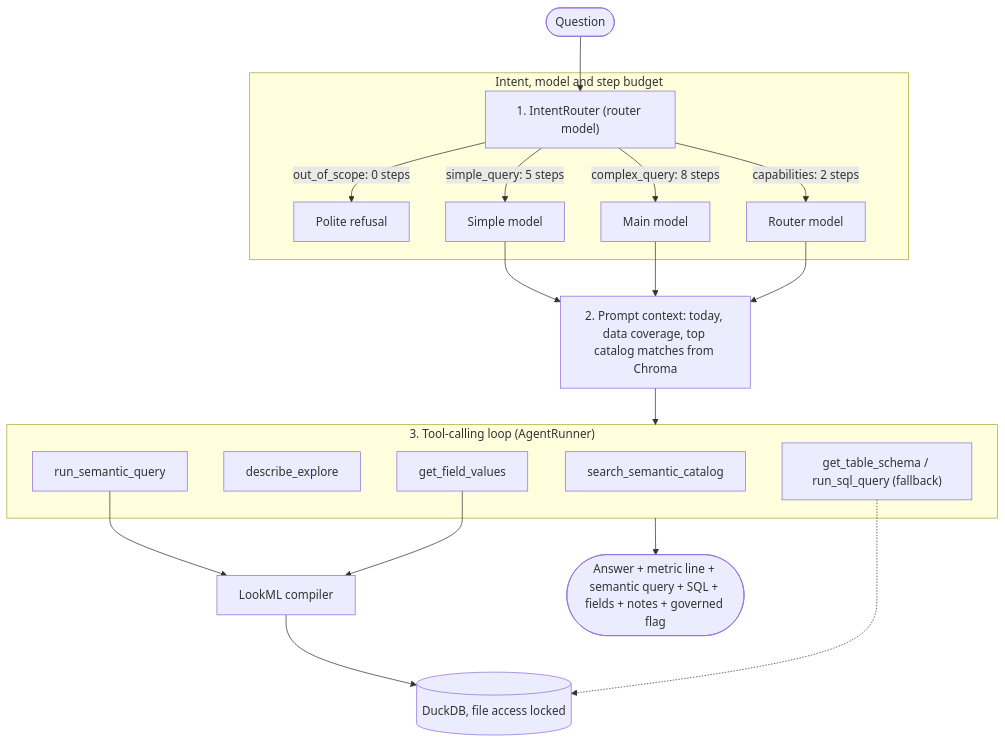
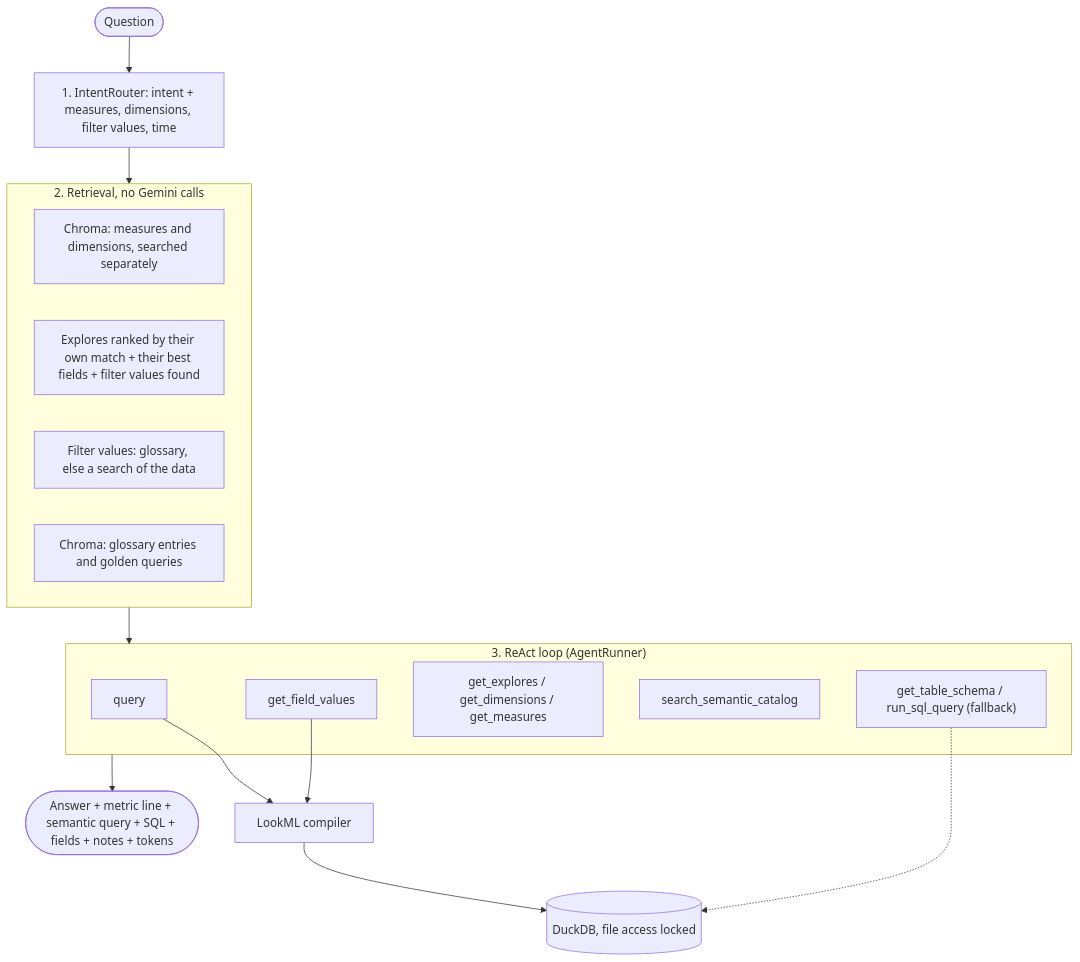
The diagram in docs/architecture/agent_architecture.md (carlosgilroa/ai-data-agent), drawn with Mermaid before and after one commit. The commit also changed other lines of this file and 21 other files, not shown here.

First line of the commit message:
Looker-style retrieval: field value tools, suggestions, two-level Chroma retrieval, router split, agent instructions

````diff
--- a/docs/architecture/agent_architecture.md
+++ b/docs/architecture/agent_architecture.md
@@ -11,29 +13,26 @@
 ```mermaid
 flowchart TD
-    User([Question]) --> Router["1. IntentRouter (router model)"]
+    User([Question]) --> Router["1. IntentRouter: intent + measures, dimensions, filter values, time"]
 
-    subgraph Routing["Intent, model and step budget"]
-        Router -->|out_of_scope: 0 steps| OOS[Polite refusal]
-        Router -->|capabilities: 2 steps| Cap[Router model]
-        Router -->|simple_query: 5 steps| Simple[Simple model]
-        Router -->|complex_query: 8 steps| Complex[Main model]
+    Router --> Retrieval
+    subgraph Retrieval["2. Retrieval, no Gemini calls"]
+        R1["Chroma: measures and dimensions, searched separately"]
+        R2["Explores ranked by their own match + their best fields + filter values found"]
+        R3["Filter values: glossary, else a search of the data"]
+        R4["Chroma: glossary entries and golden queries"]
     end
 
-    Simple --> Ctx
-    Complex --> Ctx
-    Cap --> Ctx
-    Ctx["2. Prompt context: today, data coverage, top catalog matches from Chroma"] --> Loop
-
-    subgraph Loop["3. Tool-calling loop (AgentRunner)"]
-        T1[search_semantic_catalog]
-        T2[describe_explore]
-        T3[get_field_values]
-        T4[run_semantic_query]
+    Retrieval --> Loop
+    subgraph Loop["3. ReAct loop (AgentRunner)"]
+        T1[query]
+        T2[get_field_values]
+        T3["get_explores / get_dimensions / get_measures"]
+        T4[search_semantic_catalog]
         T5["get_table_schema / run_sql_query (fallback)"]
     end
 
-    T4 --> Compiler["LookML compiler"] --> DuckDB[(DuckDB, file access locked)]
-    T3 --> Compiler
+    T1 --> Compiler["LookML compiler"] --> DuckDB[(DuckDB, file access locked)]
+    T2 --> Compiler
     T5 -.-> DuckDB
-    Loop --> Out(["Answer + metric line + semantic query + SQL + fields + notes + governed flag"])
+    Loop --> Out(["Answer + metric line + semantic query + SQL + fields + notes + tokens"])
 ```
````
